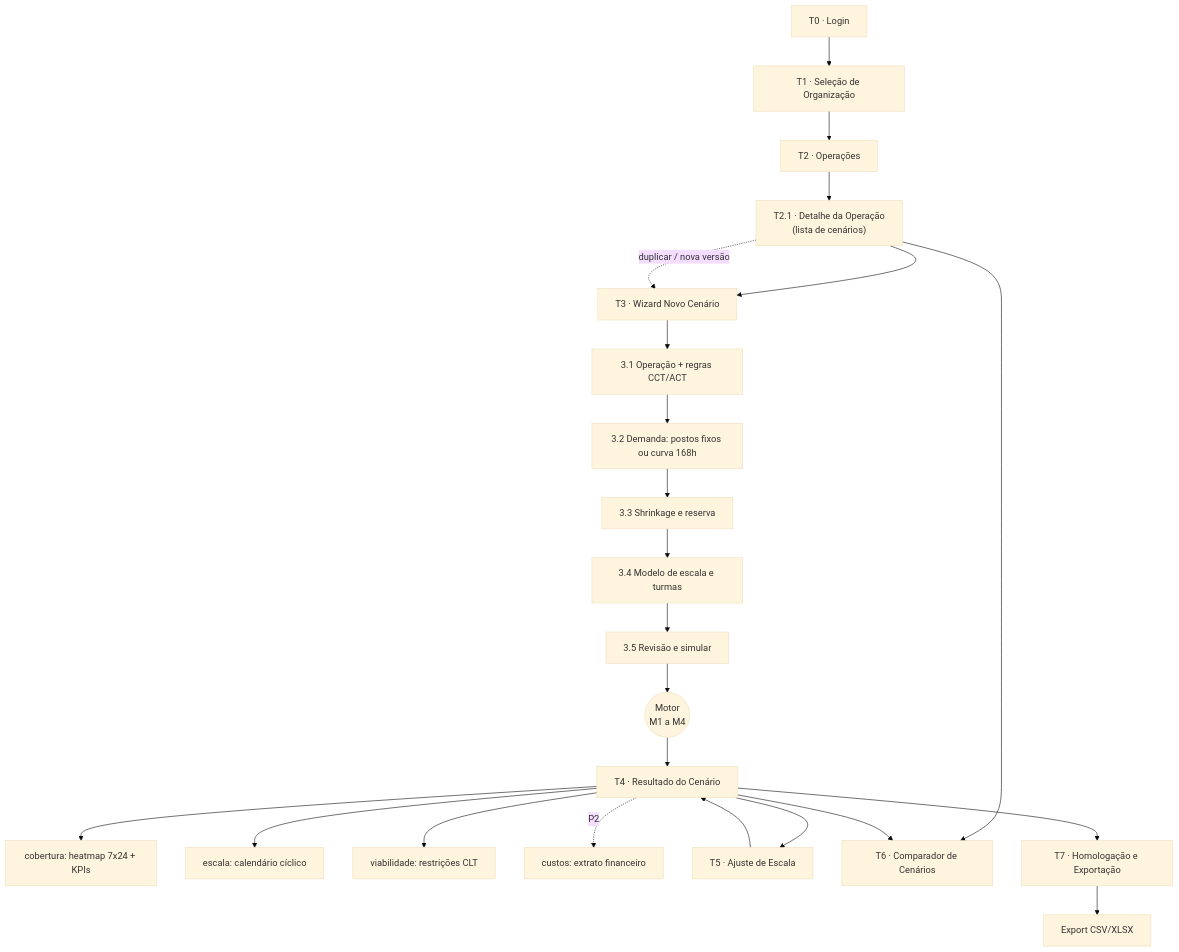
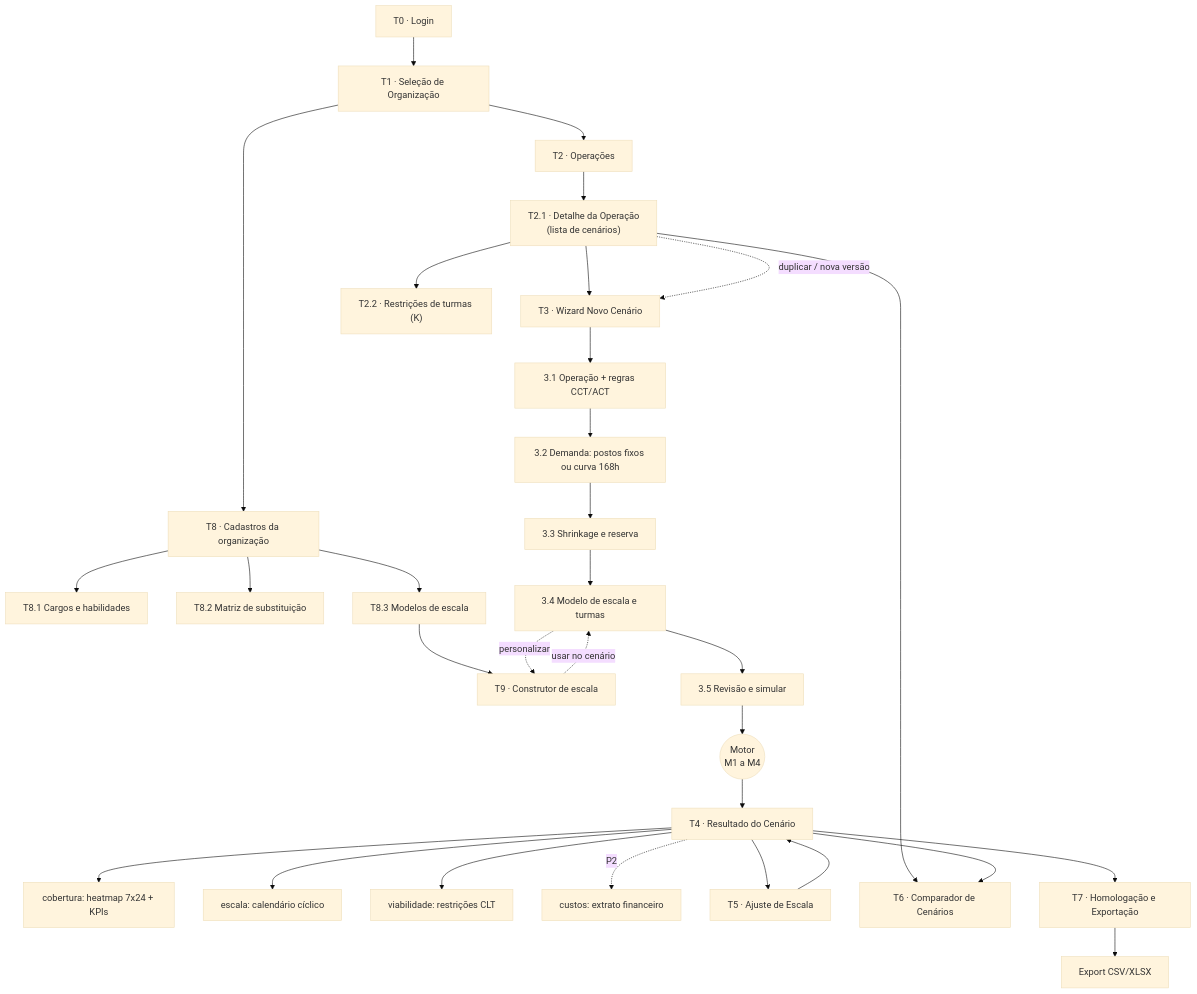
The first of 8 diagrams in docs/simulador-escalas/03-fluxo-do-app.md (thgterto/Ferramentas-Web), drawn with Mermaid (base theme) before and after one commit. The commit also changed other lines of this file and 6 other files, not shown here.

First line of the commit message:
docs: v3.2 - catálogo ampliado, construtor de escalas, turmas como restrição e cobertura entre cargos

````diff
--- a/docs/simulador-escalas/03-fluxo-do-app.md
+++ b/docs/simulador-escalas/03-fluxo-do-app.md
@@ -10,25 +10,33 @@
 ```mermaid
 flowchart TD
     L["T0 · Login"] --> ORG["T1 · Seleção de Organização"]
     ORG --> PROJ["T2 · Operações"]
     PROJ --> OP["T2.1 · Detalhe da Operação<br/>(lista de cenários)"]
     OP --> WIZ["T3 · Wizard Novo Cenário"]
+    OP --> RK["T2.2 · Restrições de turmas (K)"]
+    ORG --> CAD["T8 · Cadastros da organização"]
+    CAD --> C1["T8.1 Cargos e habilidades"]
+    CAD --> C2["T8.2 Matriz de substituição"]
+    CAD --> C3["T8.3 Modelos de escala"]
+    C3 --> CB["T9 · Construtor de escala"]
+    W4 -. "personalizar" .-> CB
+    CB -. "usar no cenário" .-> W4
     WIZ --> W1["3.1 Operação + regras CCT/ACT"]
     W1 --> W2["3.2 Demanda: postos fixos ou curva 168h"]
     W2 --> W3["3.3 Shrinkage e reserva"]
     W3 --> W4["3.4 Modelo de escala e turmas"]
     W4 --> W5["3.5 Revisão e simular"]
     W5 --> CALC(("Motor<br/>M1 a M4"))
     CALC --> RES["T4 · Resultado do Cenário"]
     RES --> R1["cobertura: heatmap 7x24 + KPIs"]
     RES --> R2["escala: calendário cíclico"]
     RES --> R3["viabilidade: restrições CLT"]
     RES -. "P2" .-> R4["custos: extrato financeiro"]
     RES --> EDIT["T5 · Ajuste de Escala"]
     EDIT --> RES
     OP --> CMP["T6 · Comparador de Cenários"]
     RES --> CMP
     RES --> HOM["T7 · Homologação e Exportação"]
     HOM --> EXP1["Export CSV/XLSX"]
     OP -. "duplicar / nova versão" .-> WIZ
 ```
````
